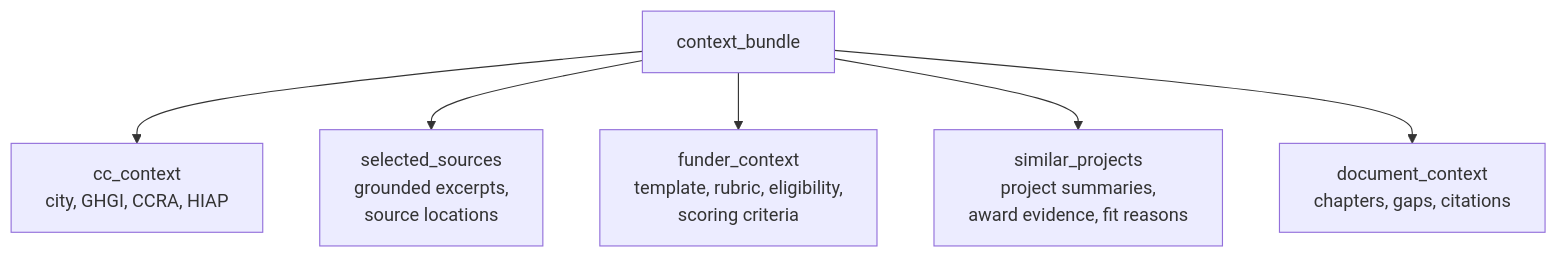
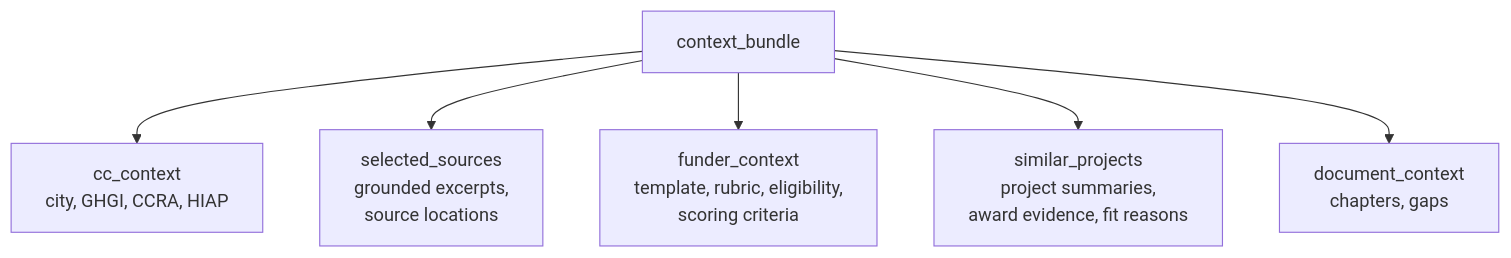
Before and after one commit to Open-Earth-Foundation/CityCatalyst: the fourth of 13 diagrams in docs/ConceptNoteBuilderArchitecture.md, drawn with Mermaid. The commit also changed other lines of this file, not shown here.

Commit message:
docs: clarify document workspace flow

````diff
--- a/docs/ConceptNoteBuilderArchitecture.md
+++ b/docs/ConceptNoteBuilderArchitecture.md
@@ -240,9 +240,9 @@
 ```mermaid
 flowchart TB
     Bundle["context_bundle"]
     Bundle --> CCSummary["cc_context<br/>city, GHGI, CCRA, HIAP"]
     Bundle --> Sources["selected_sources<br/>grounded excerpts,<br/>source locations"]
     Bundle --> Funder["funder_context<br/>template, rubric, eligibility,<br/>scoring criteria"]
     Bundle --> Examples["similar_projects<br/>project summaries,<br/>award evidence, fit reasons"]
-    Bundle --> Draft["document_context<br/>chapters, gaps, citations"]
+    Bundle --> Draft["document_context<br/>chapters, gaps"]
 ```
````
